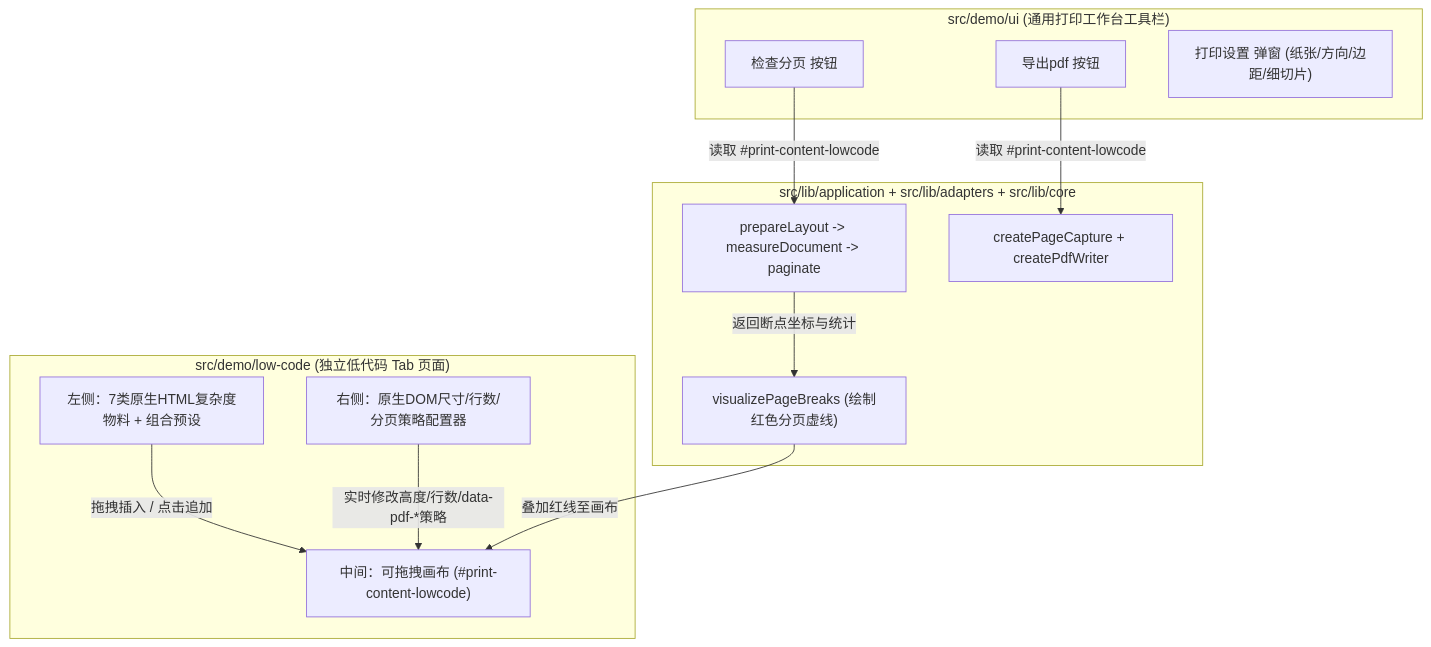
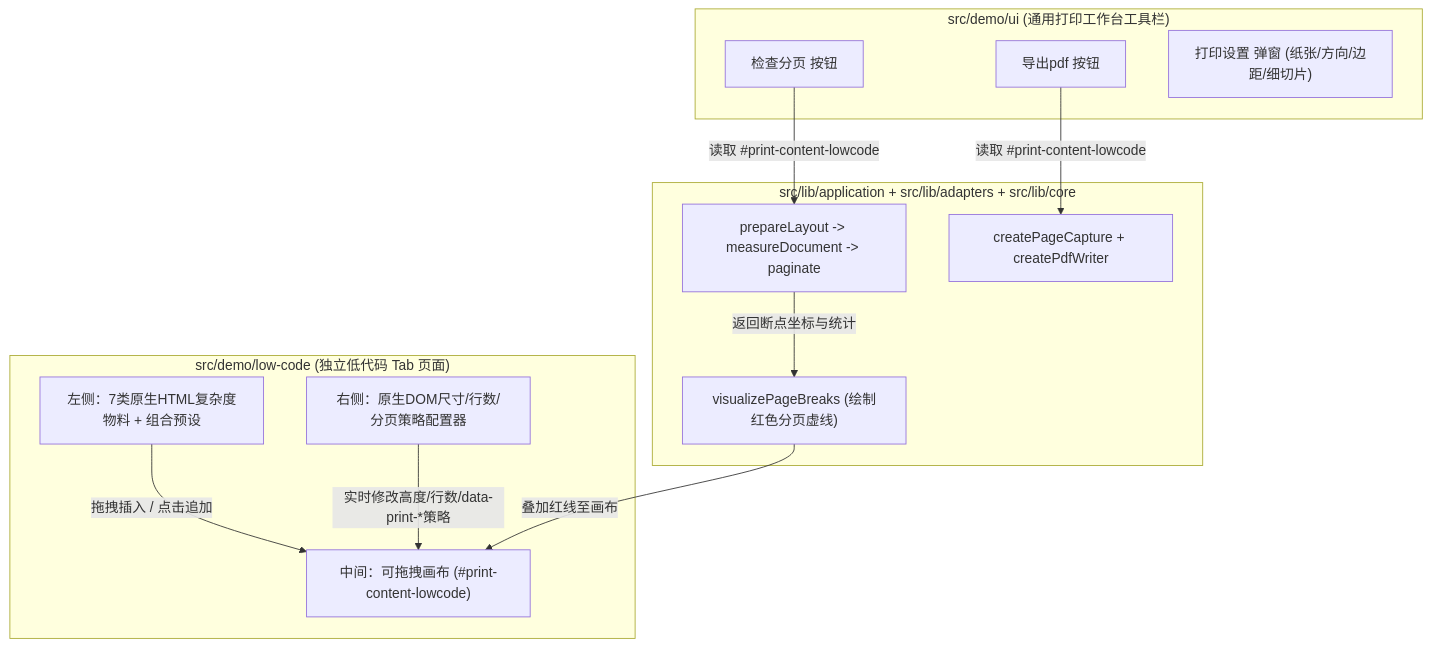
One commit to darialan/pdf-demo changed the diagram in docs/lowcode-print-platform-technical-design.md. Above: the diagram before and after it, drawn with Mermaid. The commit also changed other lines of this file and 67 other files, not shown here.

````diff
--- a/docs/lowcode-print-platform-technical-design.md
+++ b/docs/lowcode-print-platform-technical-design.md
@@ -106,28 +106,28 @@
 ```mermaid
 flowchart TB
   subgraph TopBar["src/demo/ui (通用打印工作台工具栏)"]
     BtnExport["导出pdf 按钮"]
     BtnInspect["检查分页 按钮"]
     BtnSettings["打印设置 弹窗 (纸张/方向/边距/细切片)"]
   end
 
   subgraph LowCodeTab["src/demo/low-code (独立低代码 Tab 页面)"]
     LeftPalette["左侧：7类原生HTML复杂度物料 + 组合预设"]
     CenterCanvas["中间：可拖拽画布 (#print-content-lowcode)"]
     RightInspector["右侧：原生DOM尺寸/行数/分页策略配置器"]
 
     LeftPalette -->|"拖拽插入 / 点击追加"| CenterCanvas
-    RightInspector -->|"实时修改高度/行数/data-pdf-*策略"| CenterCanvas
+    RightInspector -->|"实时修改高度/行数/data-print-*策略"| CenterCanvas
   end
 
   subgraph Engine["src/lib/application + src/lib/adapters + src/lib/core"]
     Pipeline["prepareLayout -> measureDocument -> paginate"]
     Overlay["visualizePageBreaks (绘制红色分页虚线)"]
     PDF["createPageCapture + createPdfWriter"]
   end
 
   BtnInspect -->|"读取 #print-content-lowcode"| Pipeline
   Pipeline -->|"返回断点坐标与统计"| Overlay
   Overlay -->|"叠加红线至画布"| CenterCanvas
   BtnExport -->|"读取 #print-content-lowcode"| PDF
 ```
````
